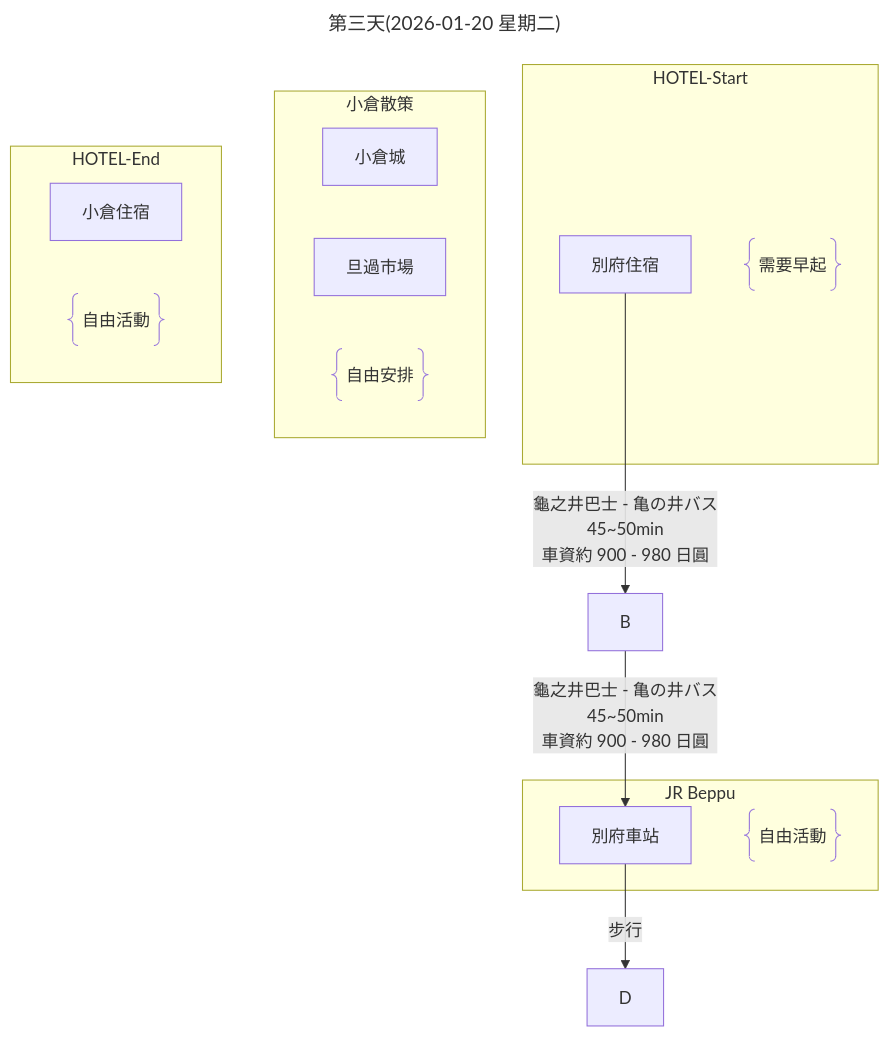
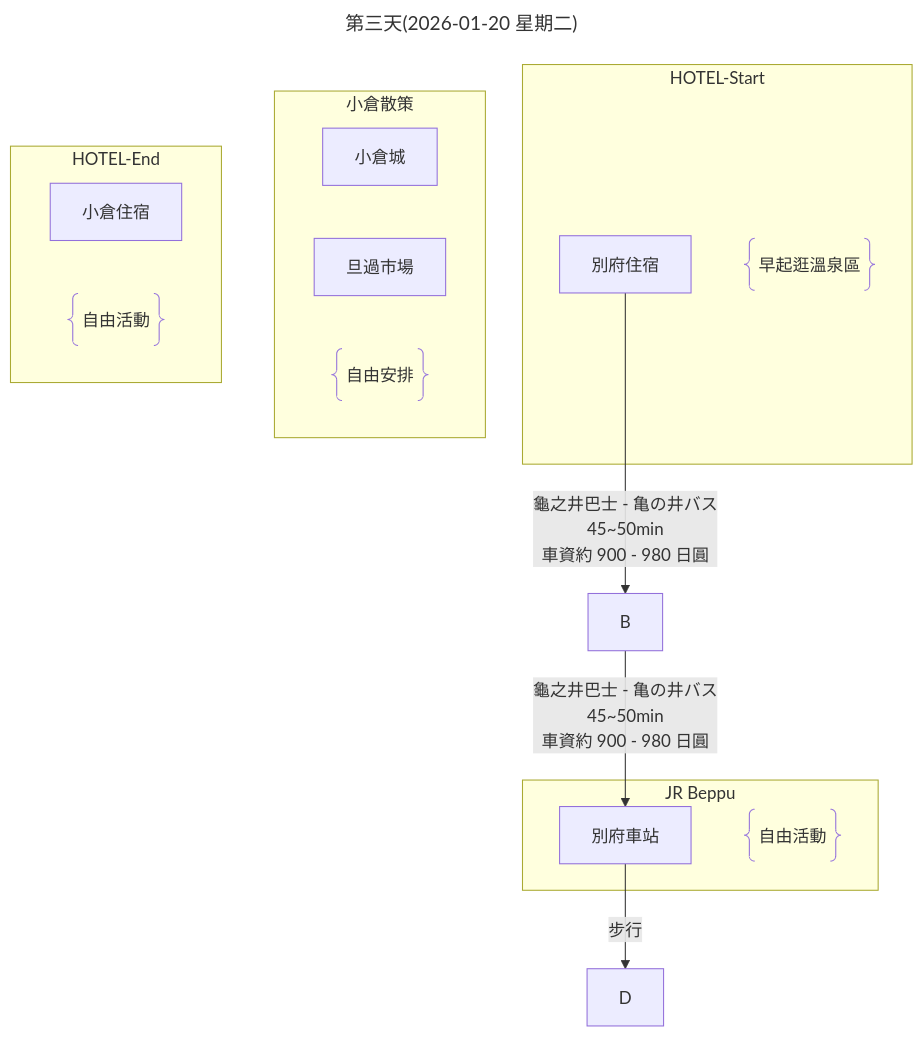
The third of 6 diagrams in 行程規劃A.md (Shuming-Yang/2026-January-Trip), drawn with Mermaid before and after one commit.

````diff
--- a/行程規劃A.md
+++ b/行程規劃A.md
@@ -130,26 +130,26 @@
 ```mermaid
 ---
 title: 第三天(2026-01-20 星期二)
 ---
 flowchart
     subgraph HOTEL-Start
         A[別府住宿]
-        A1@{ shape: braces, label: "需要早起" }
+        A1@{ shape: braces, label: "早起逛溫泉區" }
     end
     subgraph JR Beppu
         C[別府車站]
         C1@{ shape: braces, label: "自由活動" }
     end
     subgraph 小倉散策
         D1[小倉城]
         D2[旦過市場]
         DD@{ shape: braces, label: "自由安排" }
     end
     subgraph HOTEL-End
         E[小倉住宿]
         E1@{ shape: braces, label: "自由活動" }
     end
     A --> |龜之井巴士 - 亀の井バス<br>45~50min<br>車資約 900 - 980 日圓| B
     B --> |龜之井巴士 - 亀の井バス<br>45~50min<br>車資約 900 - 980 日圓| C
     C --> |步行| D
 ```
````
